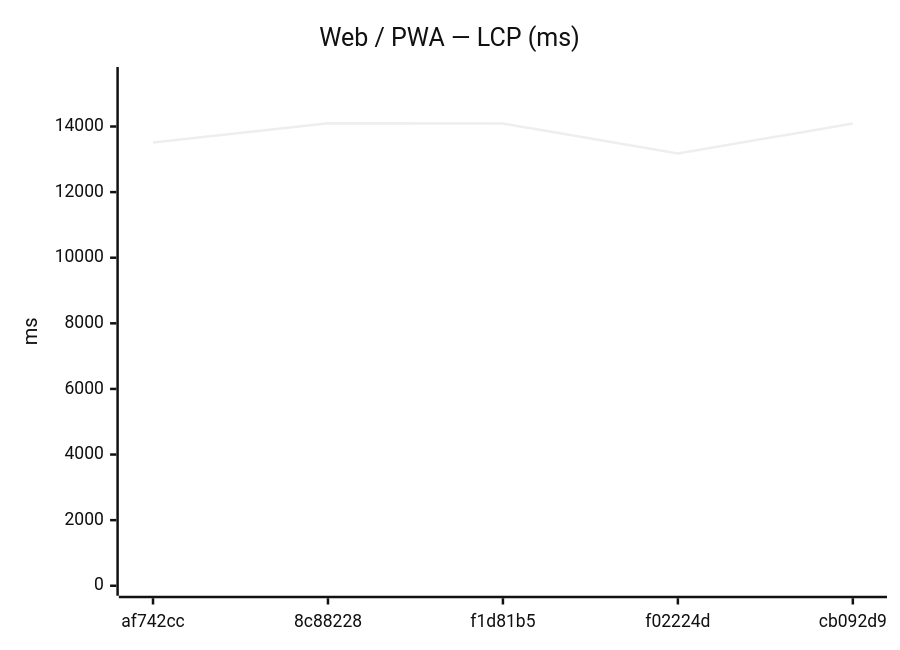
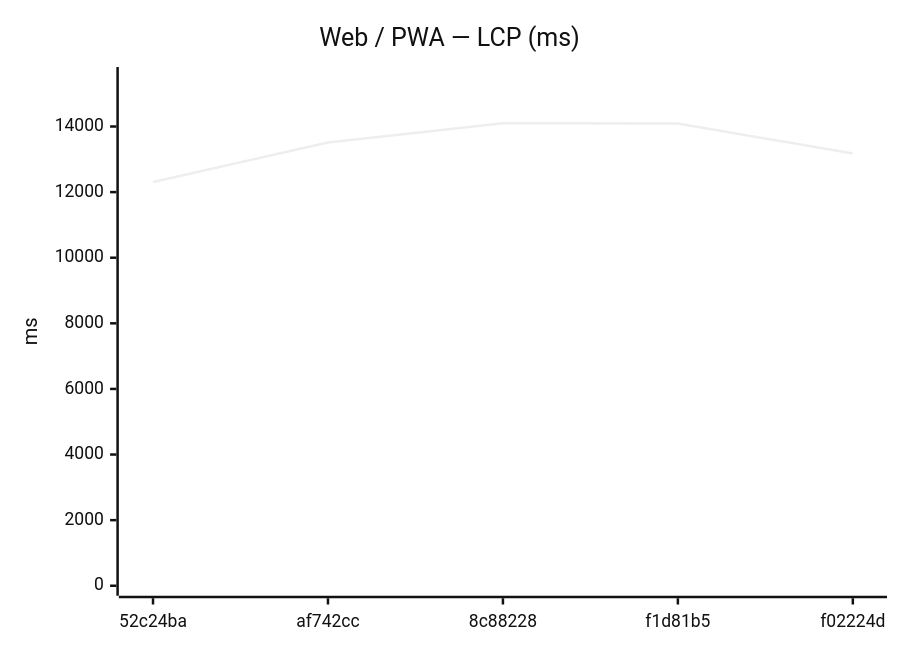
One commit to Metaheurist/Rianell changed the seventh of 18 diagrams in benchmarks/compare.md. Above: the diagram before and after it, drawn with Mermaid (neutral theme). The commit also changed other lines of this file and 11 other files, not shown here.

````diff
--- a/benchmarks/compare.md
+++ b/benchmarks/compare.md
@@ -117,7 +117,7 @@
 ```mermaid
 xychart-beta
     title "Web / PWA — LCP (ms)"
-    x-axis ["af742cc", "8c88228", "f1d81b5", "f02224d", "cb092d9"]
+    x-axis ["52c24ba", "af742cc", "8c88228", "f1d81b5", "f02224d"]
     y-axis "ms" 0 --> 15509
-    line [13514, 14099, 14091, 13178, 14089]
+    line [12311, 13514, 14099, 14091, 13178]
 ```
````
